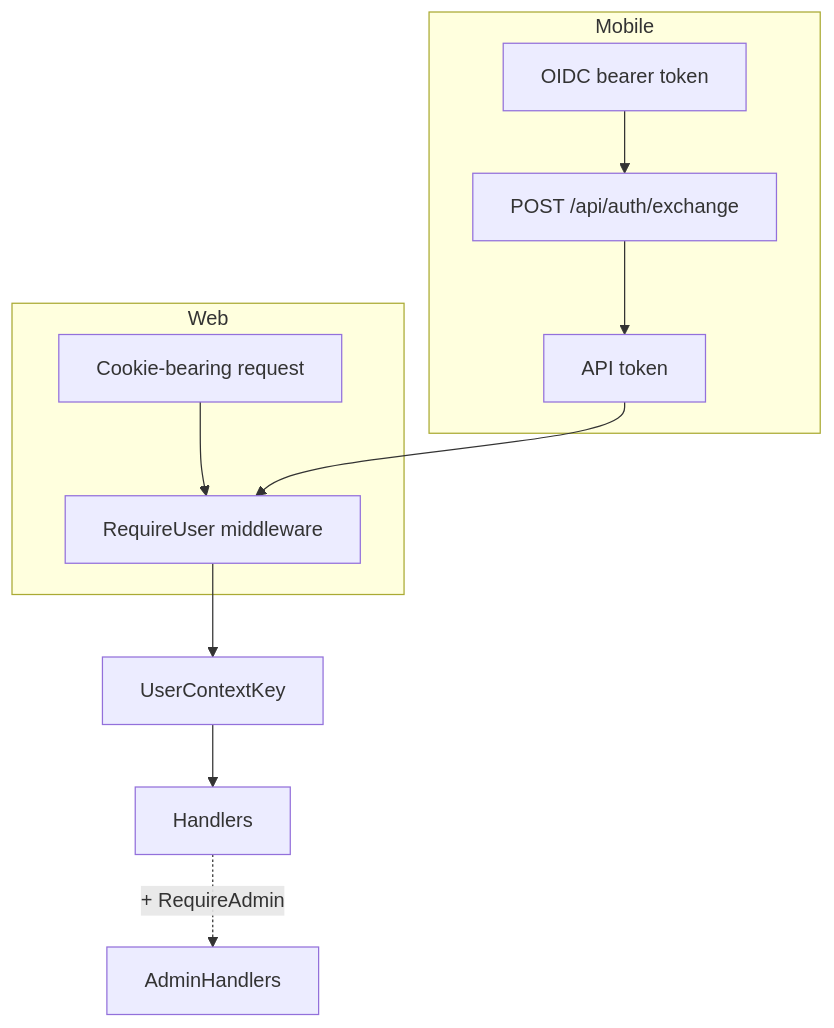
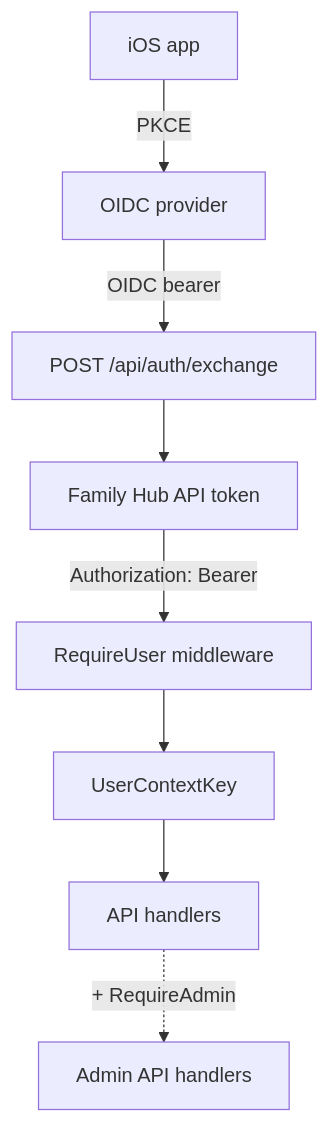
Before and after one commit to BenSuskins/family-hub: the third of 3 diagrams in docs/ARCHITECTURE.md, drawn with Mermaid. The commit also changed other lines of this file and 78 other files, not shown here.

Commit message:
refactor: remove templ web app

````diff
--- a/docs/ARCHITECTURE.md
+++ b/docs/ARCHITECTURE.md
@@ -70,14 +63,10 @@
 ```mermaid
 flowchart TB
-    subgraph Web
-        Web1[Cookie-bearing request] --> RU[RequireUser middleware]
-    end
-    subgraph Mobile
-        iOS1[OIDC bearer token] --> Exchange[POST /api/auth/exchange]
-        Exchange --> APIToken[API token]
-        APIToken --> RU
-    end
-    RU --> Ctx[UserContextKey]
-    Ctx --> Handlers
-    Handlers -. + RequireAdmin .-> AdminHandlers
+    iOS[ iOS app ] -->|PKCE| OIDC[OIDC provider]
+    OIDC -->|OIDC bearer| Exchange[POST /api/auth/exchange]
+    Exchange --> APIToken[Family Hub API token]
+    APIToken -->|Authorization: Bearer| RequireUser[RequireUser middleware]
+    RequireUser --> Context[UserContextKey]
+    Context --> Handlers[API handlers]
+    Handlers -. + RequireAdmin .-> AdminHandlers[Admin API handlers]
 ```
````
